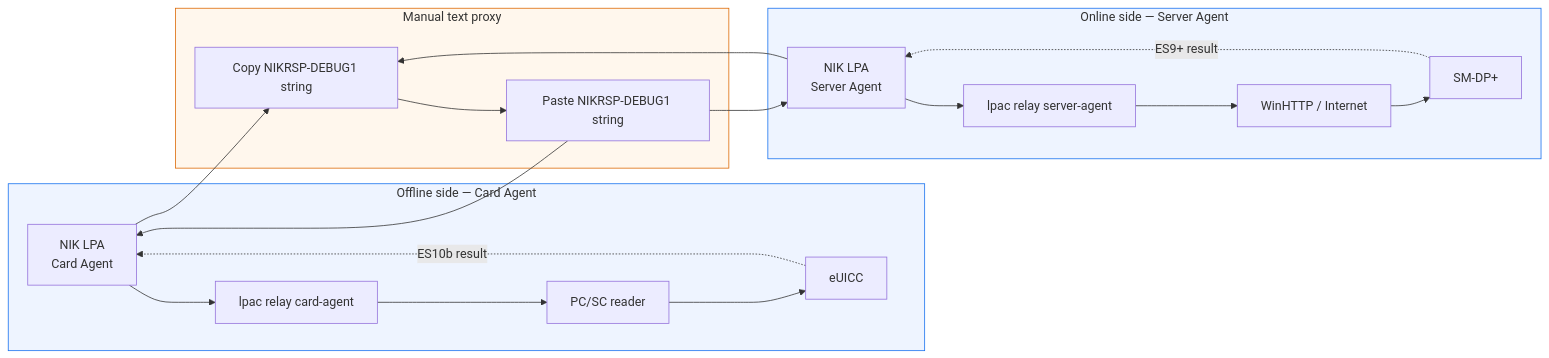
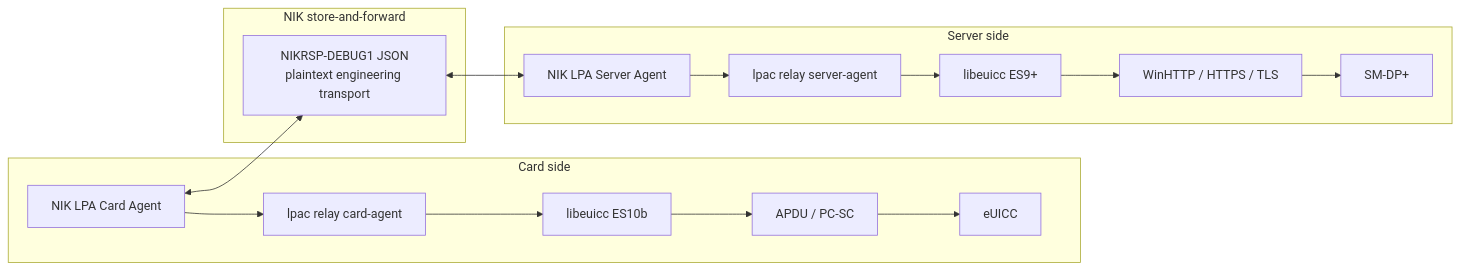
The first of 2 diagrams in docs/NIK-LPA-RSP-RELAY.md (xvkurke/lpac), drawn with Mermaid before and after one commit. The commit also changed other lines of this file, not shown here.

Commit message:
Expand RSP protocol and certificate flow

````diff
--- a/docs/NIK-LPA-RSP-RELAY.md
+++ b/docs/NIK-LPA-RSP-RELAY.md
@@ -9,34 +37,26 @@
 ```mermaid
 flowchart LR
-    subgraph OFFLINE["Offline side — Card Agent"]
-        UIA["NIK LPA\nCard Agent"]
-        CA["lpac relay card-agent"]
-        CARD["PC/SC reader"]
+    subgraph CARD["Card side"]
+        CG["NIK LPA Card Agent"]
+        CR["lpac relay card-agent"]
+        ES10["libeuicc ES10b"]
+        APDU["APDU / PC-SC"]
         EUICC["eUICC"]
-        UIA --> CA
-        CA --> CARD --> EUICC
+        CG --> CR --> ES10 --> APDU --> EUICC
     end
 
-    subgraph PROXY["Manual text proxy"]
-        OUTA["Copy NIKRSP-DEBUG1 string"]
-        OUTB["Paste NIKRSP-DEBUG1 string"]
+    subgraph RELAY["NIK store-and-forward"]
+        NIK["NIKRSP-DEBUG1 JSON\nplaintext engineering transport"]
     end
 
-    subgraph ONLINE["Online side — Server Agent"]
-        UIB["NIK LPA\nServer Agent"]
-        SA["lpac relay server-agent"]
-        NET["WinHTTP / Internet"]
+    subgraph SERVER["Server side"]
+        SG["NIK LPA Server Agent"]
+        SR["lpac relay server-agent"]
+        ES9["libeuicc ES9+"]
+        TLS["WinHTTP / HTTPS / TLS"]
         SMDP["SM-DP+"]
-        UIB --> SA --> NET --> SMDP
+        SG --> SR --> ES9 --> TLS --> SMDP
     end
 
-    EUICC -. "ES10b result" .-> UIA
-    UIA --> OUTA --> OUTB --> UIB
-    SMDP -. "ES9+ result" .-> UIB
-    UIB --> OUTA
-    OUTB --> UIA
-
-    style OFFLINE fill:#eef4ff,stroke:#1570ef
-    style ONLINE fill:#eef4ff,stroke:#1570ef
-    style PROXY fill:#fff7ed,stroke:#dc6803
+    CG <--> NIK <--> SG
 ```
````
